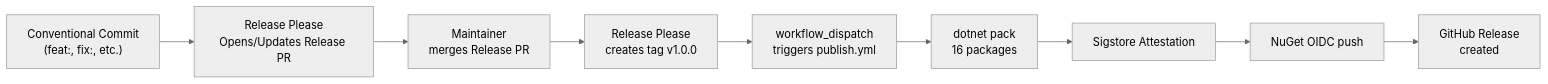
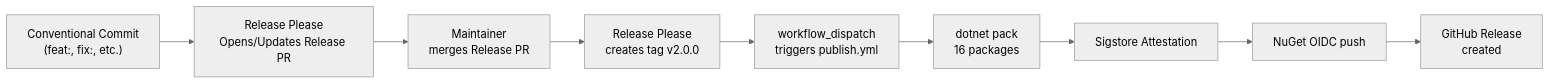
One commit to ericksonlopezf/dotnet-specification changed the second of 2 diagrams in docs/build-and-ci.md. Above: the diagram before and after it, drawn with Mermaid (neutral theme). The commit also changed other lines of this file and 189 other files, not shown here.

````diff
--- a/docs/build-and-ci.md
+++ b/docs/build-and-ci.md
@@ -316,11 +370,11 @@
 ```mermaid
 flowchart LR
     Commit["Conventional Commit\n(feat:, fix:, etc.)"] --> RPR["Release Please\nOpens/Updates Release PR"]
     RPR --> Merge["Maintainer\nmerges Release PR"]
-    Merge --> Tag["Release Please\ncreates tag v1.0.0"]
+    Merge --> Tag["Release Please\ncreates tag v2.0.0"]
     Tag --> Dispatch["workflow_dispatch\ntriggers publish.yml"]
     Dispatch --> Pack["dotnet pack\n16 packages"]
     Pack --> Attest["Sigstore Attestation"]
     Attest --> Push["NuGet OIDC push"]
     Push --> GitHubRelease["GitHub Release\ncreated"]
 ```
````
